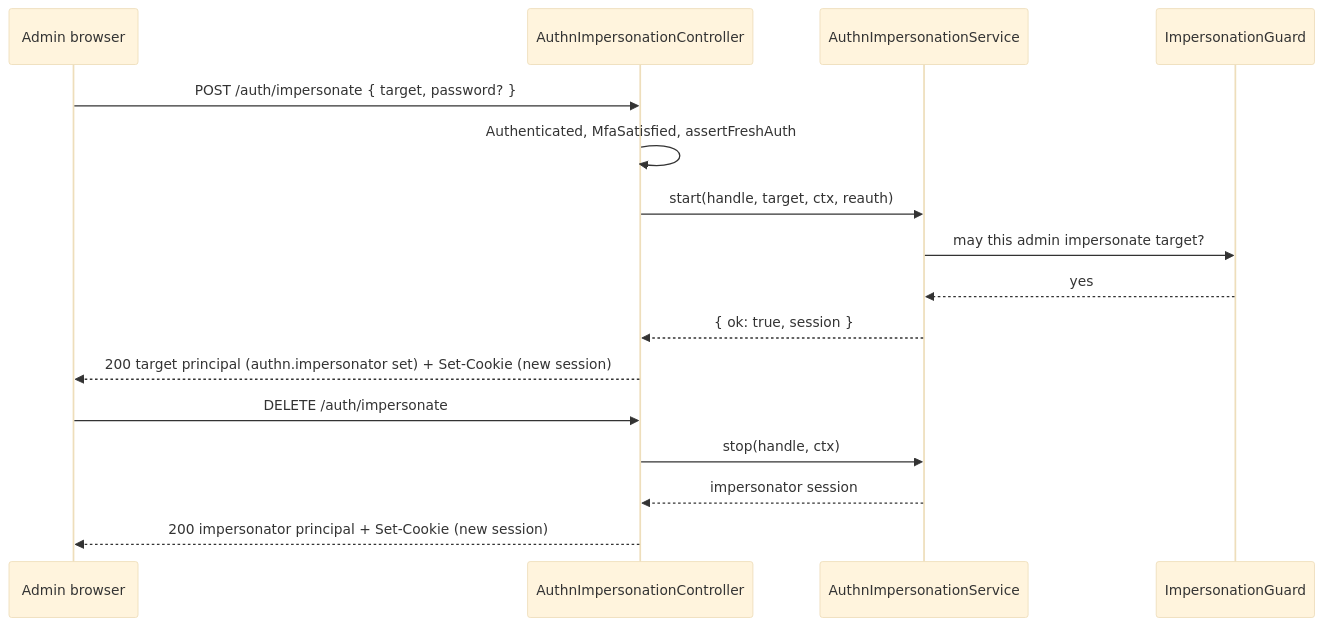
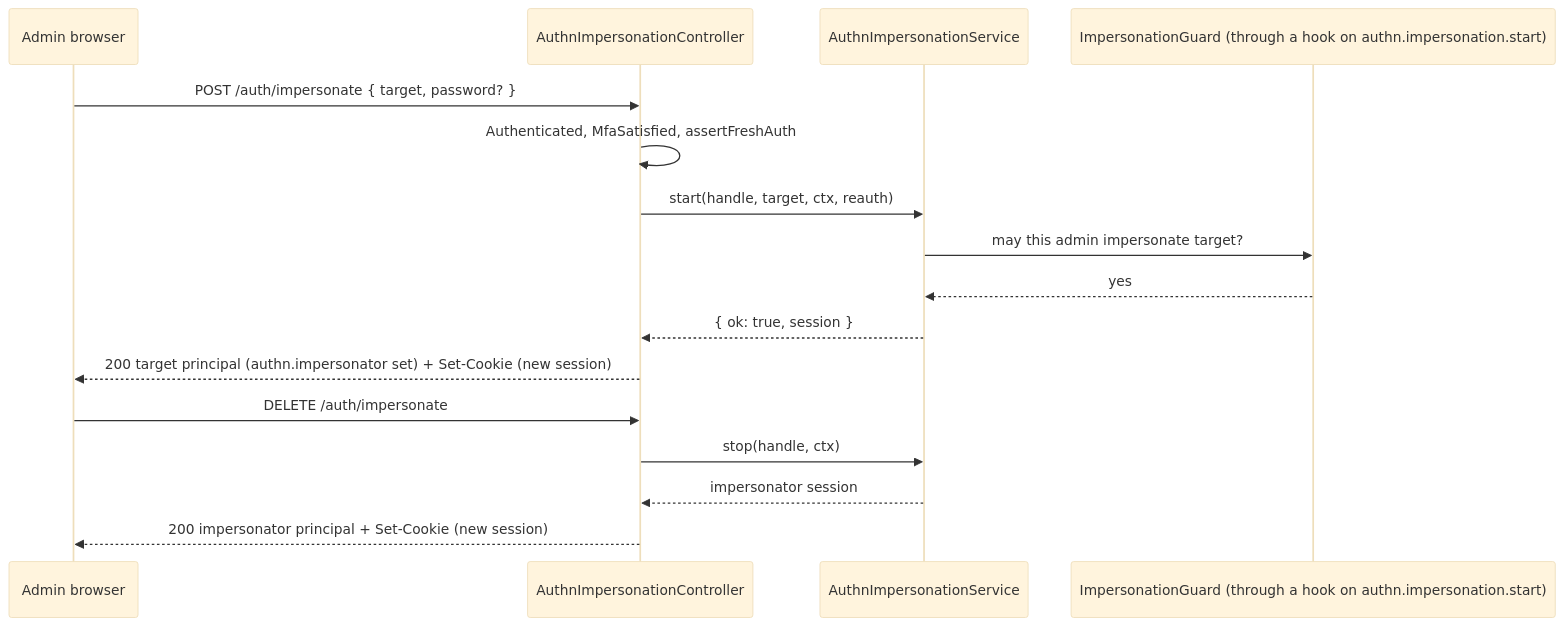
One commit to spinajs/main changed the diagram in docs/authn-http/11-impersonation-routes.md. Above: the diagram before and after it, drawn with Mermaid (base theme). The commit also changed other lines of this file and 20 other files, not shown here.

First line of the commit message:
docs: impersonation start, list-support and session-start hooks

````diff
--- a/docs/authn-http/11-impersonation-routes.md
+++ b/docs/authn-http/11-impersonation-routes.md
@@ -24,18 +24,18 @@
 ```mermaid
 sequenceDiagram
   participant B as Admin browser
   participant C as AuthnImpersonationController
   participant I as AuthnImpersonationService
-  participant G as ImpersonationGuard
+  participant G as ImpersonationGuard (through a hook on authn.impersonation.start)
   B->>C: POST /auth/impersonate { target, password? }
   C->>C: Authenticated, MfaSatisfied, assertFreshAuth
   C->>I: start(handle, target, ctx, reauth)
   I->>G: may this admin impersonate target?
   G-->>I: yes
   I-->>C: { ok: true, session }
   C-->>B: 200 target principal (authn.impersonator set) + Set-Cookie (new session)
   B->>C: DELETE /auth/impersonate
   C->>I: stop(handle, ctx)
   I-->>C: impersonator session
   C-->>B: 200 impersonator principal + Set-Cookie (new session)
 ```
````
